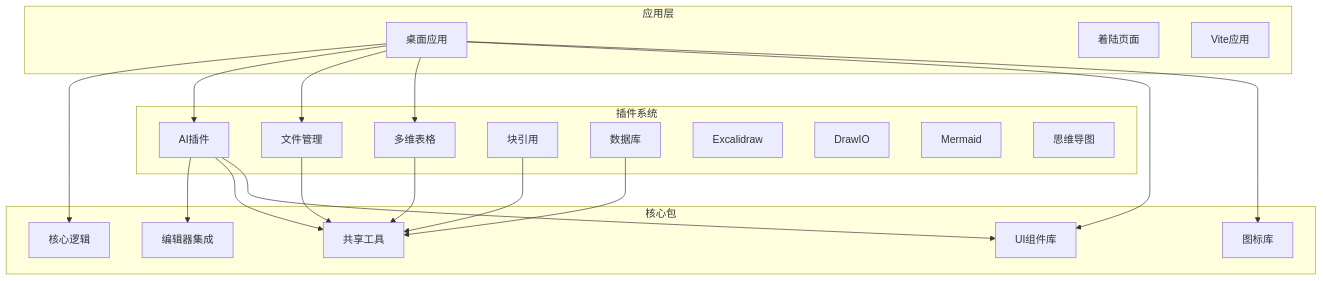
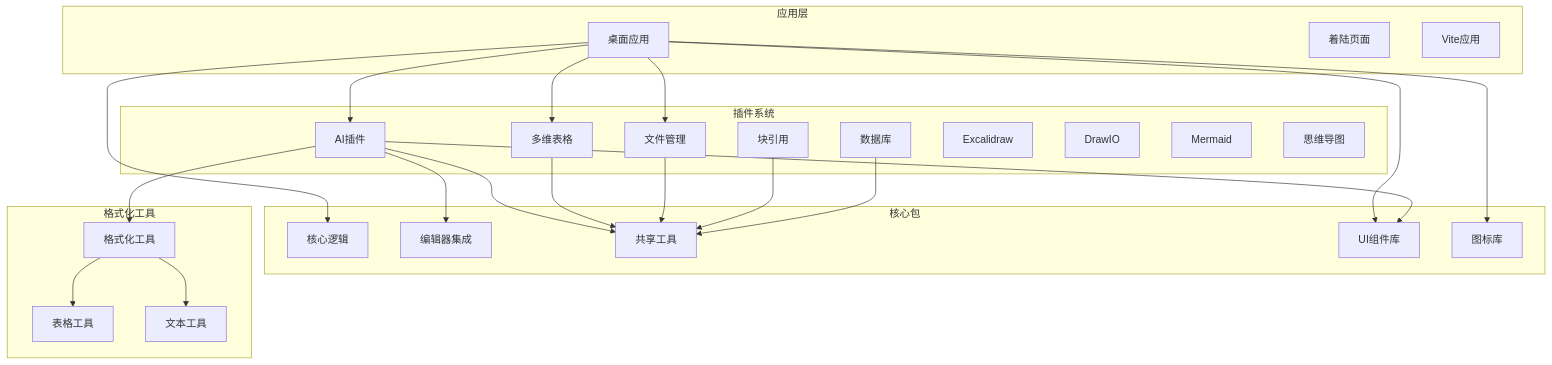
Before and after one commit to LRF0422/Kotion: the first of 15 diagrams in .qoder/repowiki/zh/content/功能模块/AI插件/AI助手面板系统.md, drawn with Mermaid. The commit also changed other lines of this file and 22 other files, not shown here.

````diff
--- a/.qoder/repowiki/zh/content/功能模块/AI插件/AI助手面板系统.md
+++ b/.qoder/repowiki/zh/content/功能模块/AI插件/AI助手面板系统.md
@@ -47,39 +68,47 @@
 ```mermaid
 graph TB
 subgraph "应用层"
 Desktop[桌面应用]
 Landing[着陆页面]
 ViteApp[Vite应用]
 end
 subgraph "核心包"
 Core[核心逻辑]
 Editor[编辑器集成]
 Common[共享工具]
 UI[UI组件库]
 Icon[图标库]
 end
 subgraph "插件系统"
 AIPlugin[AI插件]
 Bitable[多维表格]
 FileManager[文件管理]
 BlockRef[块引用]
 Database[数据库]
 Excalidraw[Excalidraw]
 DrawIO[DrawIO]
 Mermaid[Mermaid]
 MindMap[思维导图]
 end
+subgraph "格式化工具"
+FormatTools[格式化工具]
+TableTools[表格工具]
+TextTools[文本工具]
+end
 Desktop --> Core
 Desktop --> AIPlugin
 Desktop --> FileManager
 Desktop --> Bitable
 Desktop --> UI
 Desktop --> Icon
 AIPlugin --> Editor
 AIPlugin --> Common
 AIPlugin --> UI
+AIPlugin --> FormatTools
+FormatTools --> TableTools
+FormatTools --> TextTools
 Bitable --> Common
 FileManager --> Common
 BlockRef --> Common
 Database --> Common
 ```
````
